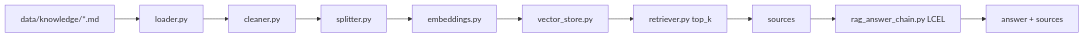
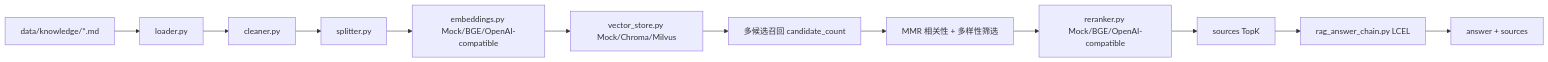
The diagram in docs/rag_design.md (HeadWindSmile/customer-service-agent), drawn with Mermaid before and after one commit. The commit also changed other lines of this file and 18 other files, not shown here.

````diff
--- a/docs/rag_design.md
+++ b/docs/rag_design.md
@@ -9,12 +9,14 @@
 ```mermaid
 flowchart LR
     Docs["data/knowledge/*.md"] --> Loader["loader.py"]
     Loader --> Cleaner["cleaner.py"]
     Cleaner --> Splitter["splitter.py"]
-    Splitter --> Embedding["embeddings.py"]
-    Embedding --> Store["vector_store.py"]
-    Store --> Retriever["retriever.py top_k"]
-    Retriever --> Sources["sources"]
+    Splitter --> Embedding["embeddings.py Mock/BGE/OpenAI-compatible"]
+    Embedding --> Store["vector_store.py Mock/Chroma/Milvus"]
+    Store --> Candidate["多候选召回 candidate_count"]
+    Candidate --> MMR["MMR 相关性 + 多样性筛选"]
+    MMR --> Reranker["reranker.py Mock/BGE/OpenAI-compatible"]
+    Reranker --> Sources["sources TopK"]
     Sources --> Chain["rag_answer_chain.py LCEL"]
     Chain --> Answer["answer + sources"]
 ```
````
